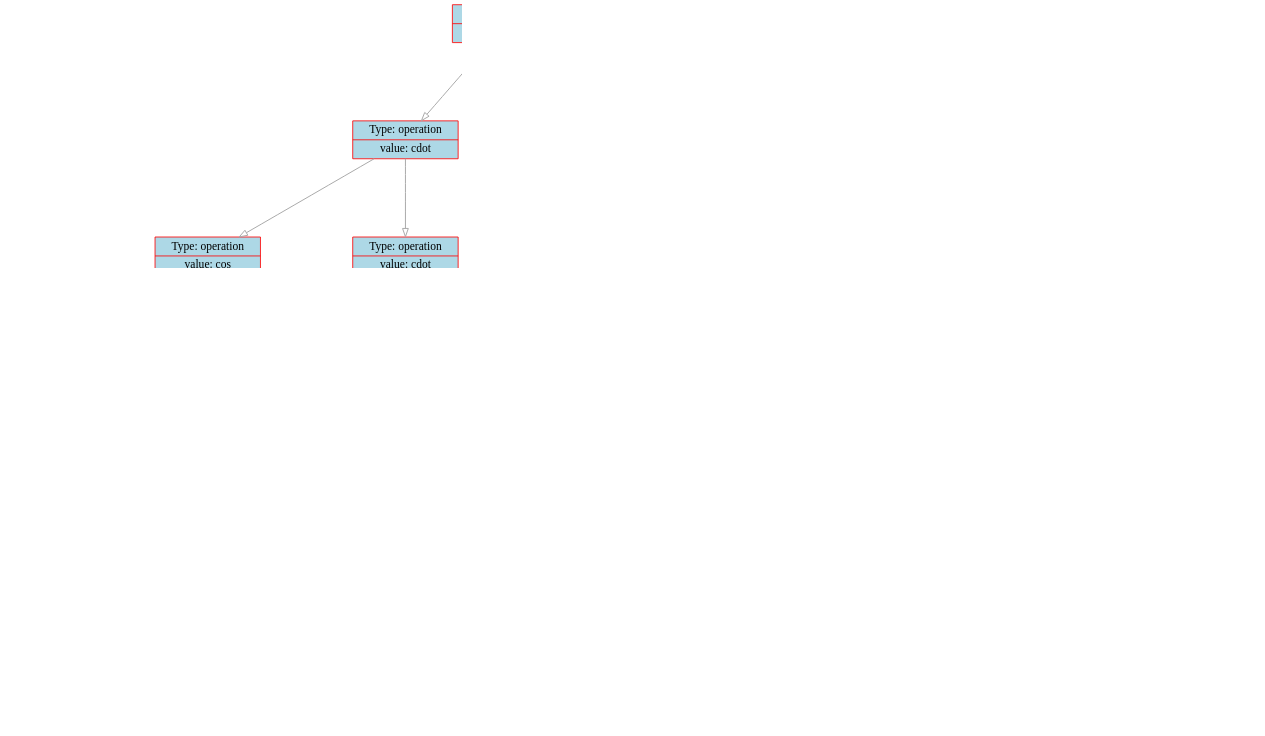
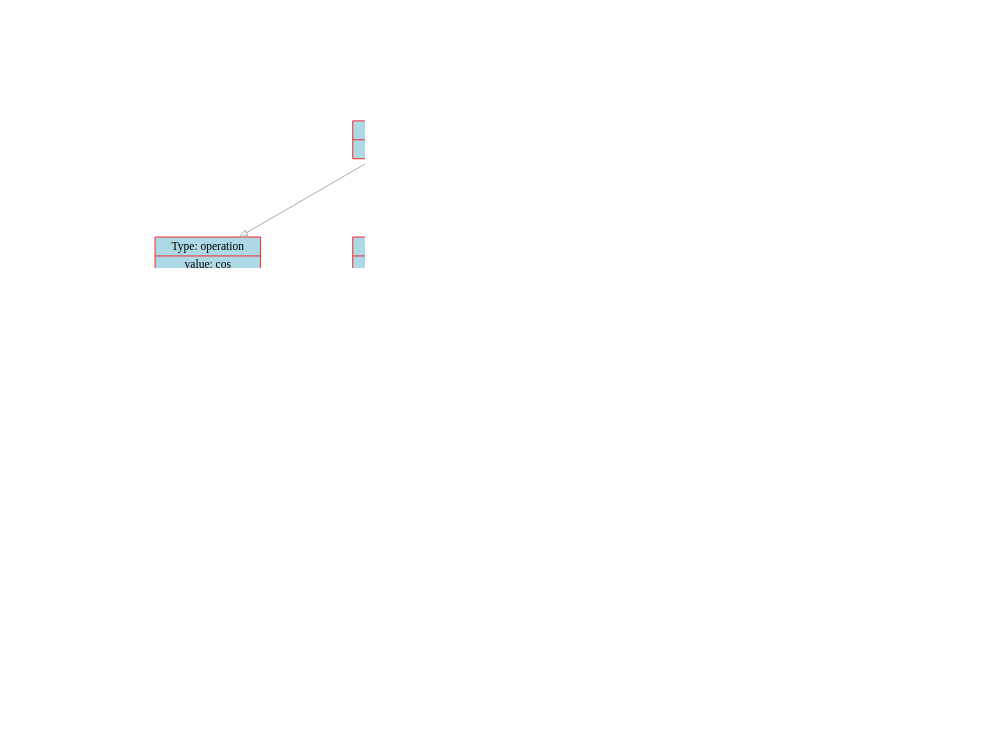
Before and after one commit to dodokek/Derivative-Calculator: the diagram in data/graph.dot, drawn with Graphviz. The commit also changed 13 other files, not shown here.

```diff
--- a/data/graph.dot
+++ b/data/graph.dot
@@ -1,118 +1,100 @@
 
     digraph g {
         dpi      = 200;
         fontname = "Comic Sans MS";
         fontsize = 20;
         rankdir   =  TB;
         edge [color = darkgrey, arrowhead = onormal, arrowsize = 1, penwidth = 1.2]
         graph[fillcolor = lightgreen, ranksep = 1.3, nodesep = 0.5,
         style = "rounded, filled",color = green, penwidth = 2]
 
-    Node0000023a9d516cf0[shape=record, width=0.2, style="filled", color="red", fillcolor="lightblue",label=" {Type: operation | value: +}"] 
+    Node0000017616876d20[shape=record, width=0.2, style="filled", color="red", fillcolor="lightblue",label=" {Type: operation | value: +}"] 
  
-Node0000023a9d516d80[shape=record, width=0.2, style="filled", color="red", fillcolor="lightblue",label=" {Type: operation | value: \cdot}"] 
+Node0000017616876ba0[shape=record, width=0.2, style="filled", color="red", fillcolor="lightblue",label=" {Type: operation | value: \cdot}"] 
  
-Node0000023a9d516bd0[shape=record, width=0.2, style="filled", color="red", fillcolor="lightblue",label=" {Type: operation | value: cos}"] 
+Node0000017616876ae0[shape=record, width=0.2, style="filled", color="red", fillcolor="lightblue",label=" {Type: operation | value: cos}"] 
  
-Node0000023a9d516d50[shape=record, width=0.2, style="filled", color="red", fillcolor="lightblue",label=" {Type: operation | value: ^}"] 
+Node0000017616876720[shape=record, width=0.2, style="filled", color="red", fillcolor="lightblue",label=" {Type: operation | value: ^}"] 
  
-Node0000023a9d511680[shape=record, width=0.2, style="filled", color="red", fillcolor="lightblue",label=" {Type: variable | value: X}"] 
+Node0000017616871680[shape=record, width=0.2, style="filled", color="red", fillcolor="lightblue",label=" {Type: variable | value: X}"] 
  
-Node0000023a9d5116b0[shape=record, width=0.2, style="filled", color="red", fillcolor="lightblue",label=" {Type: number | value: 5}"] 
+Node00000176168716b0[shape=record, width=0.2, style="filled", color="red", fillcolor="lightblue",label=" {Type: number | value: 5}"] 
  
-Node0000023a9d516660[shape=record, width=0.2, style="filled", color="red", fillcolor="lightblue",label=" {Type: operation | value: \cdot}"] 
+Node0000017616871af0[shape=record, width=0.2, style="filled", color="red", fillcolor="lightblue",label=" {Type: operation | value: \cdot}"] 
  
-Node0000023a9d516c60[shape=record, width=0.2, style="filled", color="red", fillcolor="lightblue",label=" {Type: operation | value: \cdot}"] 
+Node0000017616871910[shape=record, width=0.2, style="filled", color="red", fillcolor="lightblue",label=" {Type: operation | value: \cdot}"] 
  
-Node0000023a9d516870[shape=record, width=0.2, style="filled", color="red", fillcolor="lightblue",label=" {Type: number | value: 5}"] 
+Node0000017616871a90[shape=record, width=0.2, style="filled", color="red", fillcolor="lightblue",label=" {Type: number | value: 5}"] 
  
-Node0000023a9d516690[shape=record, width=0.2, style="filled", color="red", fillcolor="lightblue",label=" {Type: operation | value: ^}"] 
+Node0000017616871c10[shape=record, width=0.2, style="filled", color="red", fillcolor="lightblue",label=" {Type: operation | value: ^}"] 
  
-Node0000023a9d5169c0[shape=record, width=0.2, style="filled", color="red", fillcolor="lightblue",label=" {Type: variable | value: X}"] 
+Node0000017616871940[shape=record, width=0.2, style="filled", color="red", fillcolor="lightblue",label=" {Type: variable | value: X}"] 
  
-Node0000023a9d516ba0[shape=record, width=0.2, style="filled", color="red", fillcolor="lightblue",label=" {Type: number | value: 4}"] 
+Node0000017616871a60[shape=record, width=0.2, style="filled", color="red", fillcolor="lightblue",label=" {Type: number | value: 4}"] 
  
-Node0000023a9d511a60[shape=record, width=0.2, style="filled", color="red", fillcolor="lightblue",label=" {Type: number | value: 1}"] 
+Node0000017616871a30[shape=record, width=0.2, style="filled", color="red", fillcolor="lightblue",label=" {Type: number | value: 1}"] 
  
-Node0000023a9d511a90[shape=record, width=0.2, style="filled", color="red", fillcolor="lightblue",label=" {Type: operation | value: \cdot}"] 
+Node0000017616871c40[shape=record, width=0.2, style="filled", color="red", fillcolor="lightblue",label=" {Type: operation | value: \cdot}"] 
  
-Node0000023a9d511a30[shape=record, width=0.2, style="filled", color="red", fillcolor="lightblue",label=" {Type: operation | value: \cdot}"] 
+Node0000017616871a00[shape=record, width=0.2, style="filled", color="red", fillcolor="lightblue",label=" {Type: operation | value: \cdot}"] 
  
-Node0000023a9d511a00[shape=record, width=0.2, style="filled", color="red", fillcolor="lightblue",label=" {Type: number | value: 3}"] 
+Node0000017616871be0[shape=record, width=0.2, style="filled", color="red", fillcolor="lightblue",label=" {Type: number | value: 3}"] 
  
-Node0000023a9d5119d0[shape=record, width=0.2, style="filled", color="red", fillcolor="lightblue",label=" {Type: operation | value: ^}"] 
+Node0000017616871ac0[shape=record, width=0.2, style="filled", color="red", fillcolor="lightblue",label=" {Type: operation | value: ^}"] 
  
-Node0000023a9d511970[shape=record, width=0.2, style="filled", color="red", fillcolor="lightblue",label=" {Type: operation | value: cos}"] 
+Node00000176168719d0[shape=record, width=0.2, style="filled", color="red", fillcolor="lightblue",label=" {Type: operation | value: cos}"] 
  
-Node0000023a9d5117a0[shape=record, width=0.2, style="filled", color="red", fillcolor="lightblue",label=" {Type: operation | value: \cdot}"] 
+Node00000176168717a0[shape=record, width=0.2, style="filled", color="red", fillcolor="lightblue",label=" {Type: operation | value: \cdot}"] 
  
-Node0000023a9d511740[shape=record, width=0.2, style="filled", color="red", fillcolor="lightblue",label=" {Type: number | value: 10}"] 
+Node0000017616871740[shape=record, width=0.2, style="filled", color="red", fillcolor="lightblue",label=" {Type: number | value: 10}"] 
  
-Node0000023a9d511770[shape=record, width=0.2, style="filled", color="red", fillcolor="lightblue",label=" {Type: variable | value: X}"] 
+Node0000017616871770[shape=record, width=0.2, style="filled", color="red", fillcolor="lightblue",label=" {Type: variable | value: X}"] 
  
-Node0000023a9d511940[shape=record, width=0.2, style="filled", color="red", fillcolor="lightblue",label=" {Type: number | value: 2}"] 
+Node0000017616871bb0[shape=record, width=0.2, style="filled", color="red", fillcolor="lightblue",label=" {Type: number | value: 2}"] 
  
-Node0000023a9d511b50[shape=record, width=0.2, style="filled", color="red", fillcolor="lightblue",label=" {Type: operation | value: \cdot}"] 
+Node0000017616871970[shape=record, width=0.2, style="filled", color="red", fillcolor="lightblue",label=" {Type: operation | value: \cdot}"] 
  
-Node0000023a9d511ac0[shape=record, width=0.2, style="filled", color="red", fillcolor="lightblue",label=" {Type: operation | value: \cdot}"] 
+Node0000017616871b20[shape=record, width=0.2, style="filled", color="red", fillcolor="lightblue",label=" {Type: operation | value: \cdot}"] 
  
-Node0000023a9d511c70[shape=record, width=0.2, style="filled", color="red", fillcolor="lightblue",label=" {Type: number | value: -1}"] 
+Node0000017616871b80[shape=record, width=0.2, style="filled", color="red", fillcolor="lightblue",label=" {Type: number | value: -1}"] 
  
-Node0000023a9d511c10[shape=record, width=0.2, style="filled", color="red", fillcolor="lightblue",label=" {Type: operation | value: sin}"] 
+Node0000017616871b50[shape=record, width=0.2, style="filled", color="red", fillcolor="lightblue",label=" {Type: operation | value: sin}"] 
  
-Node0000023a9d511c40[shape=record, width=0.2, style="filled", color="red", fillcolor="lightblue",label=" {Type: operation | value: \cdot}"] 
+Node0000017616871c70[shape=record, width=0.2, style="filled", color="red", fillcolor="lightblue",label=" {Type: operation | value: \cdot}"] 
  
-Node0000023a9d511740[shape=record, width=0.2, style="filled", color="red", fillcolor="lightblue",label=" {Type: number | value: 10}"] 
+Node0000017616871740[shape=record, width=0.2, style="filled", color="red", fillcolor="lightblue",label=" {Type: number | value: 10}"] 
  
-Node0000023a9d511770[shape=record, width=0.2, style="filled", color="red", fillcolor="lightblue",label=" {Type: variable | value: X}"] 
+Node0000017616871770[shape=record, width=0.2, style="filled", color="red", fillcolor="lightblue",label=" {Type: variable | value: X}"] 
  
-Node0000023a9d511910[shape=record, width=0.2, style="filled", color="red", fillcolor="lightblue",label=" {Type: operation | value: +}"] 
+Node00000176168719a0[shape=record, width=0.2, style="filled", color="red", fillcolor="lightblue",label=" {Type: number | value: 10}"] 
  
-Node0000023a9d511af0[shape=record, width=0.2, style="filled", color="red", fillcolor="lightblue",label=" {Type: operation | value: \cdot}"] 
- 
-Node0000023a9d5119a0[shape=record, width=0.2, style="filled", color="red", fillcolor="lightblue",label=" {Type: number | value: 0}"] 
- 
-Node0000023a9d511be0[shape=record, width=0.2, style="filled", color="red", fillcolor="lightblue",label=" {Type: variable | value: X}"] 
- 
-Node0000023a9d511b20[shape=record, width=0.2, style="filled", color="red", fillcolor="lightblue",label=" {Type: operation | value: \cdot}"] 
- 
-Node0000023a9d511bb0[shape=record, width=0.2, style="filled", color="red", fillcolor="lightblue",label=" {Type: number | value: 10}"] 
- 
-Node0000023a9d511b80[shape=record, width=0.2, style="filled", color="red", fillcolor="lightblue",label=" {Type: number | value: 1}"] 
- 
-Node0000023a9d516cf0->Node0000023a9d516d80
-Node0000023a9d516d80->Node0000023a9d516bd0
-Node0000023a9d516bd0->Node0000023a9d516d50
-Node0000023a9d516d50->Node0000023a9d511680
-Node0000023a9d516d50->Node0000023a9d5116b0
-Node0000023a9d516d80->Node0000023a9d516660
-Node0000023a9d516660->Node0000023a9d516c60
-Node0000023a9d516c60->Node0000023a9d516870
-Node0000023a9d516c60->Node0000023a9d516690
-Node0000023a9d516690->Node0000023a9d5169c0
-Node0000023a9d516690->Node0000023a9d516ba0
-Node0000023a9d516660->Node0000023a9d511a60
-Node0000023a9d516cf0->Node0000023a9d511a90
-Node0000023a9d511a90->Node0000023a9d511a30
-Node0000023a9d511a30->Node0000023a9d511a00
-Node0000023a9d511a30->Node0000023a9d5119d0
-Node0000023a9d5119d0->Node0000023a9d511970
-Node0000023a9d511970->Node0000023a9d5117a0
-Node0000023a9d5117a0->Node0000023a9d511740
-Node0000023a9d5117a0->Node0000023a9d511770
-Node0000023a9d5119d0->Node0000023a9d511940
-Node0000023a9d511a90->Node0000023a9d511b50
-Node0000023a9d511b50->Node0000023a9d511ac0
-Node0000023a9d511ac0->Node0000023a9d511c70
-Node0000023a9d511ac0->Node0000023a9d511c10
-Node0000023a9d511c10->Node0000023a9d511c40
-Node0000023a9d511c40->Node0000023a9d511740
-Node0000023a9d511c40->Node0000023a9d511770
-Node0000023a9d511b50->Node0000023a9d511910
-Node0000023a9d511910->Node0000023a9d511af0
-Node0000023a9d511af0->Node0000023a9d5119a0
-Node0000023a9d511af0->Node0000023a9d511be0
-Node0000023a9d511910->Node0000023a9d511b20
-Node0000023a9d511b20->Node0000023a9d511bb0
-Node0000023a9d511b20->Node0000023a9d511b80
+Node0000017616876d20->Node0000017616876ba0
+Node0000017616876ba0->Node0000017616876ae0
+Node0000017616876ae0->Node0000017616876720
+Node0000017616876720->Node0000017616871680
+Node0000017616876720->Node00000176168716b0
+Node0000017616876ba0->Node0000017616871af0
+Node0000017616871af0->Node0000017616871910
+Node0000017616871910->Node0000017616871a90
+Node0000017616871910->Node0000017616871c10
+Node0000017616871c10->Node0000017616871940
+Node0000017616871c10->Node0000017616871a60
+Node0000017616871af0->Node0000017616871a30
+Node0000017616876d20->Node0000017616871c40
+Node0000017616871c40->Node0000017616871a00
+Node0000017616871a00->Node0000017616871be0
+Node0000017616871a00->Node0000017616871ac0
+Node0000017616871ac0->Node00000176168719d0
+Node00000176168719d0->Node00000176168717a0
+Node00000176168717a0->Node0000017616871740
+Node00000176168717a0->Node0000017616871770
+Node0000017616871ac0->Node0000017616871bb0
+Node0000017616871c40->Node0000017616871970
+Node0000017616871970->Node0000017616871b20
+Node0000017616871b20->Node0000017616871b80
+Node0000017616871b20->Node0000017616871b50
+Node0000017616871b50->Node0000017616871c70
+Node0000017616871c70->Node0000017616871740
+Node0000017616871c70->Node0000017616871770
+Node0000017616871970->Node00000176168719a0
 }
```
